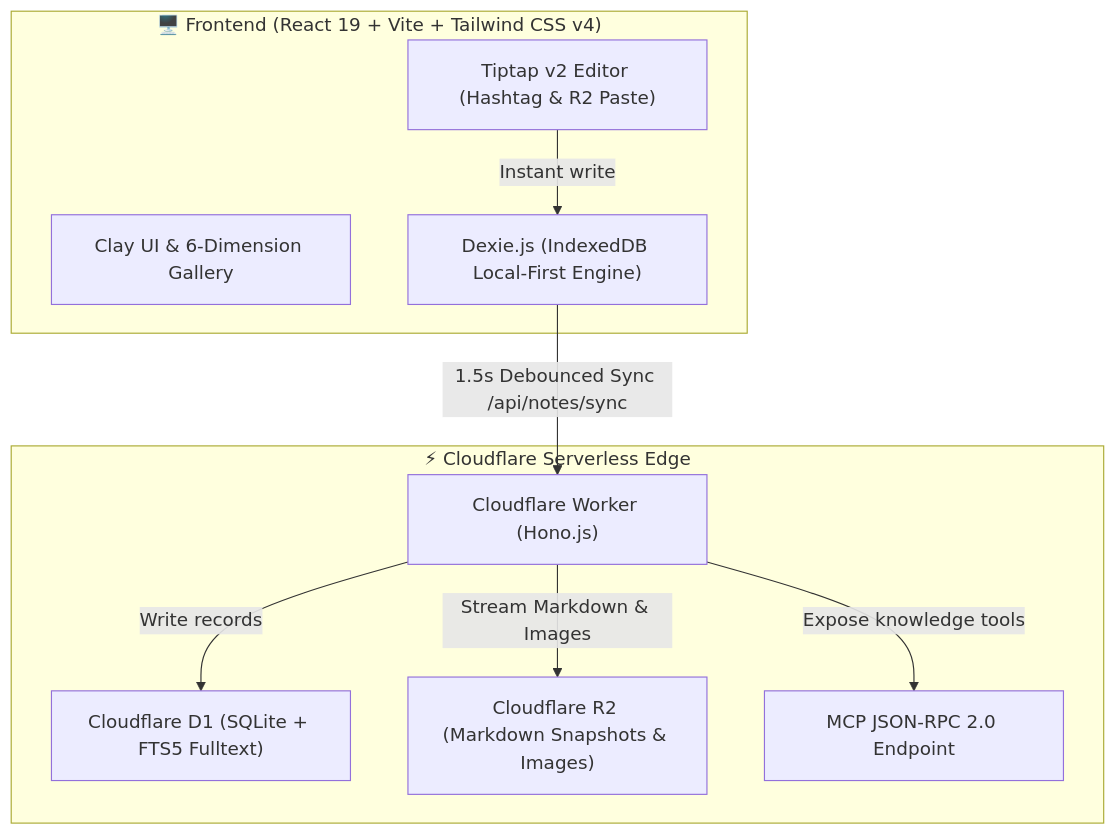
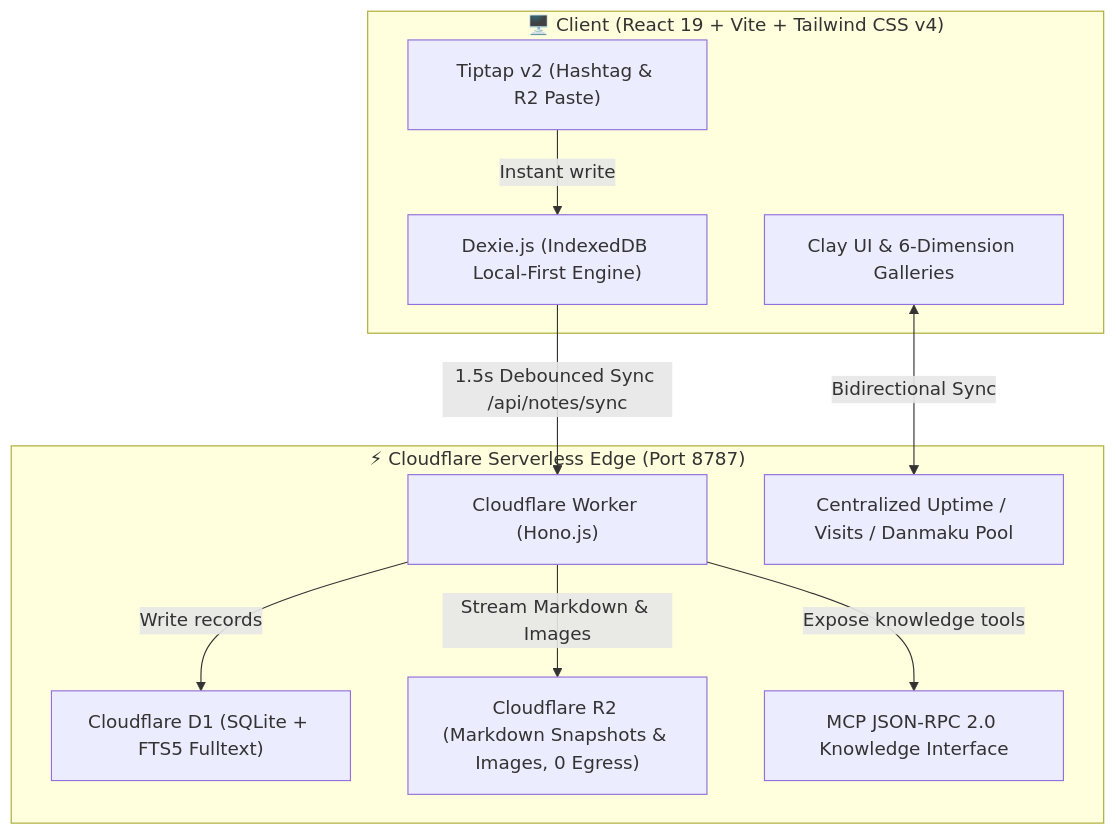
Before and after one commit to SaulGoodManC99/TagMesh: the diagram in README.md, drawn with Mermaid. The commit also changed other lines of this file and 3 other files, not shown here.

````diff
--- a/README.md
+++ b/README.md
@@ -93,21 +164,23 @@
 ```mermaid
 graph TD
-    subgraph Client["🖥️ Frontend (React 19 + Vite + Tailwind CSS v4)"]
-        UI["Clay UI & 6-Dimension Gallery"]
-        Editor["Tiptap v2 Editor (Hashtag & R2 Paste)"]
+    subgraph Client["🖥️ Client (React 19 + Vite + Tailwind CSS v4)"]
+        UI["Clay UI & 6-Dimension Galleries"]
+        Editor["Tiptap v2 (Hashtag & R2 Paste)"]
         LocalDB["Dexie.js (IndexedDB Local-First Engine)"]
     end
 
-    subgraph Edge["⚡ Cloudflare Serverless Edge"]
+    subgraph Edge["⚡ Cloudflare Serverless Edge (Port 8787)"]
         Worker["Cloudflare Worker (Hono.js)"]
         D1["Cloudflare D1 (SQLite + FTS5 Fulltext)"]
-        R2["Cloudflare R2 (Markdown Snapshots & Images)"]
-        MCP["MCP JSON-RPC 2.0 Endpoint"]
+        R2["Cloudflare R2 (Markdown Snapshots & Images, 0 Egress)"]
+        MCP["MCP JSON-RPC 2.0 Knowledge Interface"]
+        Telemetry["Centralized Uptime / Visits / Danmaku Pool"]
     end
 
     Editor -->|Instant write| LocalDB
     LocalDB -->|1.5s Debounced Sync /api/notes/sync| Worker
     Worker -->|Write records| D1
     Worker -->|Stream Markdown & Images| R2
     Worker -->|Expose knowledge tools| MCP
+    UI <-->|Bidirectional Sync| Telemetry
 ```
````
